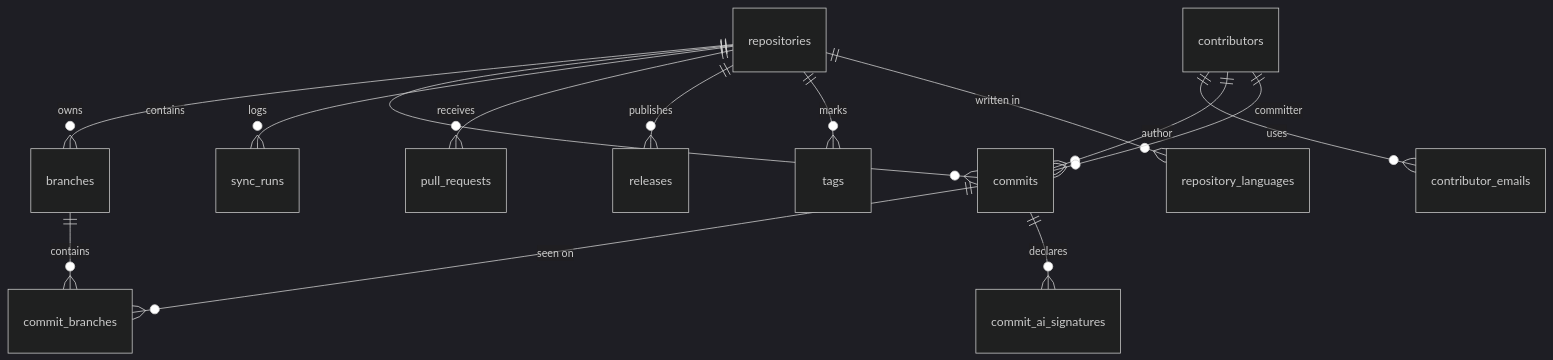
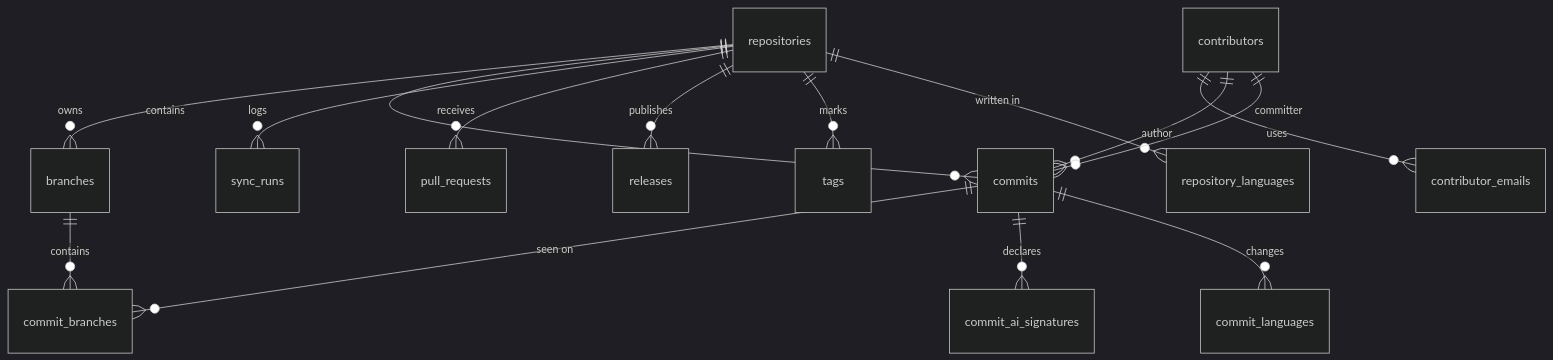
Before and after one commit to studoo-app/watchoo: the diagram in documentation/en/04-data-model.md, drawn with Mermaid (dark theme). The commit also changed other lines of this file and 60 other files, not shown here.

````diff
--- a/documentation/en/04-data-model.md
+++ b/documentation/en/04-data-model.md
@@ -17,16 +18,17 @@
 ```mermaid
 erDiagram
     repositories ||--o{ branches : "owns"
     repositories ||--o{ commits : "contains"
     repositories ||--o{ sync_runs : "logs"
     repositories ||--o{ pull_requests : "receives"
     repositories ||--o{ releases : "publishes"
     repositories ||--o{ tags : "marks"
     repositories ||--o{ repository_languages : "written in"
     commits ||--o{ commit_branches : "seen on"
     commits ||--o{ commit_ai_signatures : "declares"
+    commits ||--o{ commit_languages : "changes"
     branches ||--o{ commit_branches : "contains"
     contributors ||--o{ contributor_emails : "uses"
     contributors ||--o{ commits : "author"
     contributors ||--o{ commits : "committer"
 ```
````
